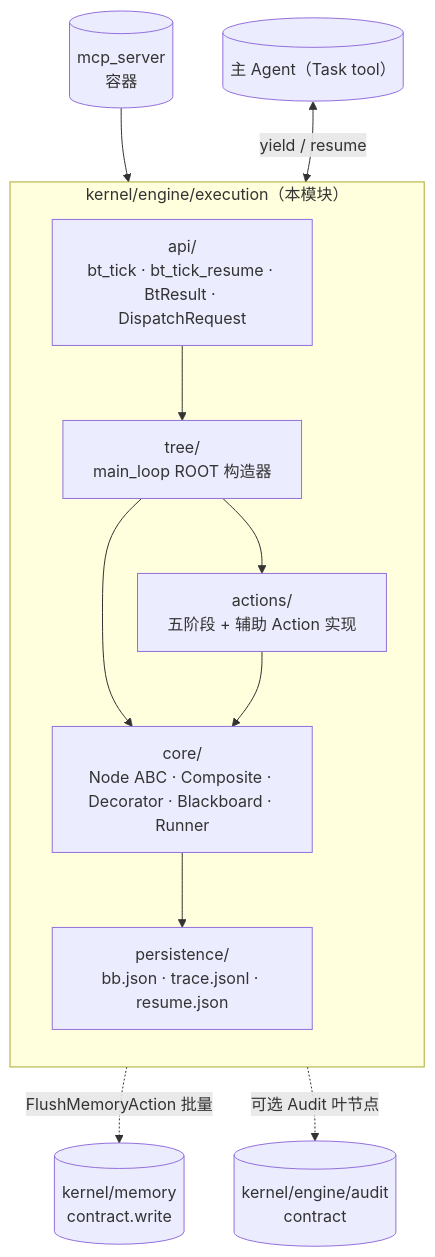
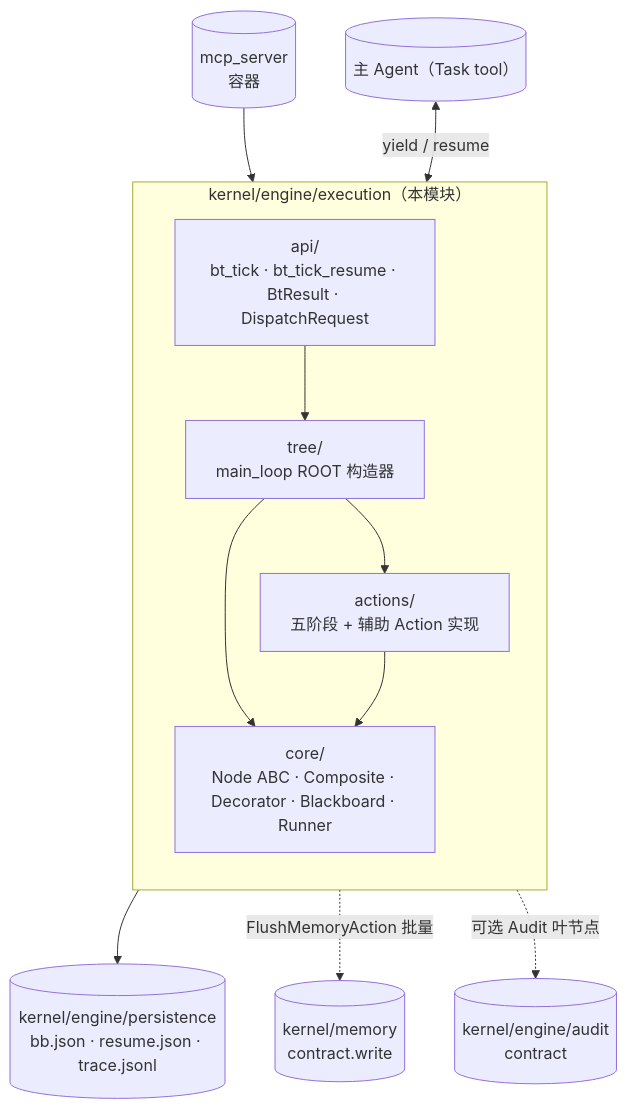
The diagram in v1/kernel/engine/execution/.dna/module.md (nan023062/agent-team-cc), drawn with Mermaid before and after one commit. The commit also changed other lines of this file and 57 other files, not shown here.

````diff
--- a/v1/kernel/engine/execution/.dna/module.md
+++ b/v1/kernel/engine/execution/.dna/module.md
@@ -30,26 +31,26 @@
 ```mermaid
 flowchart TB
     subgraph EXEC["kernel/engine/execution（本模块）"]
         direction TB
         Core["core/<br/>Node ABC · Composite · Decorator · Blackboard · Runner"]
         Actions["actions/<br/>五阶段 + 辅助 Action 实现"]
         Tree["tree/<br/>main_loop ROOT 构造器"]
-        Persist["persistence/<br/>bb.json · trace.jsonl · resume.json"]
         Api["api/<br/>bt_tick · bt_tick_resume · BtResult · DispatchRequest"]
     end
 
     MainAgent[("主 Agent（Task tool）")]
+    Persist[("kernel/engine/persistence<br/>bb.json · resume.json · trace.jsonl")]
     Memory[("kernel/memory<br/>contract.write")]
     Audit[("kernel/engine/audit<br/>contract")]
     MCP[("mcp_server<br/>容器")]
 
     MCP --> Api
     MainAgent <-->|yield / resume| Api
     Api --> Tree
     Tree --> Core
     Tree --> Actions
     Actions --> Core
     Core --> Persist
     Actions -.->|FlushMemoryAction 批量| Memory
     Actions -.->|可选 Audit 叶节点| Audit
 ```
````
